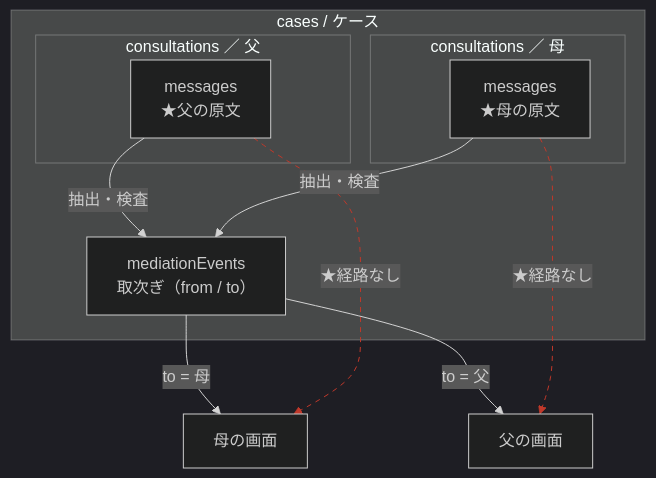
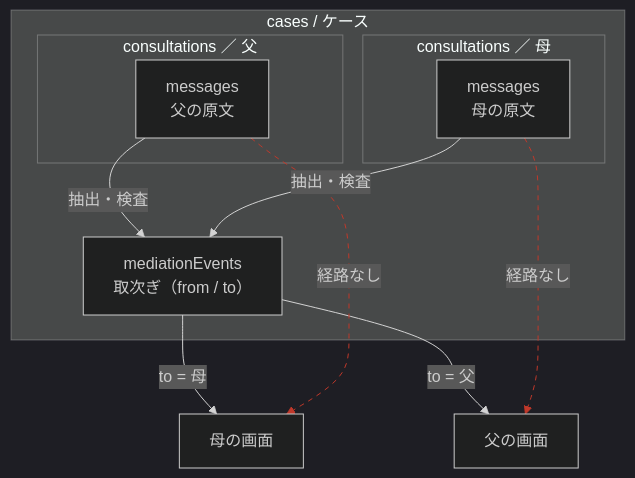
One commit to sugimomoto/AIHack changed the fourth of 8 diagrams in .steering/20260813-blog/draft_main.md. Above: the diagram before and after it, drawn with Mermaid (dark theme). The commit also changed other lines of this file, not shown here.

````diff
--- a/.steering/20260813-blog/draft_main.md
+++ b/.steering/20260813-blog/draft_main.md
@@ -381,23 +381,23 @@
 ```mermaid
 flowchart TB
     subgraph P["cases / ケース"]
       subgraph CA["consultations ／ 父"]
-        MA["messages<br/>★父の原文"]
+        MA["messages<br/>父の原文"]
       end
       subgraph CB["consultations ／ 母"]
-        MB["messages<br/>★母の原文"]
+        MB["messages<br/>母の原文"]
       end
       ME["mediationEvents<br/>取次ぎ（from / to）"]
     end
 
     MA -->|抽出・検査| ME
     MB -->|抽出・検査| ME
     ME -->|"to = 母"| RB["母の画面"]
     ME -->|"to = 父"| RA["父の画面"]
 
-    MA -.->|"★経路なし"| RB
-    MB -.->|"★経路なし"| RA
+    MA -.->|"経路なし"| RB
+    MB -.->|"経路なし"| RA
 
     linkStyle 4 stroke:#c0392b,stroke-dasharray:5 5
     linkStyle 5 stroke:#c0392b,stroke-dasharray:5 5
 ```
````
